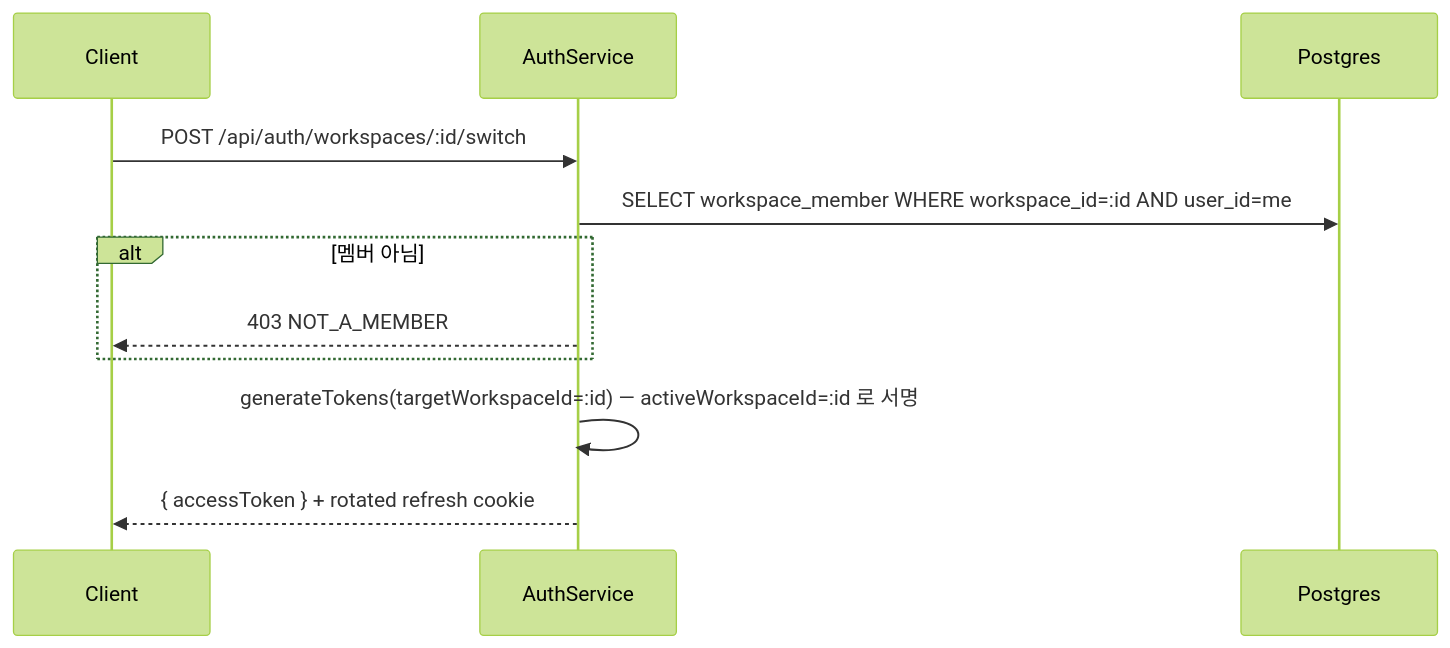
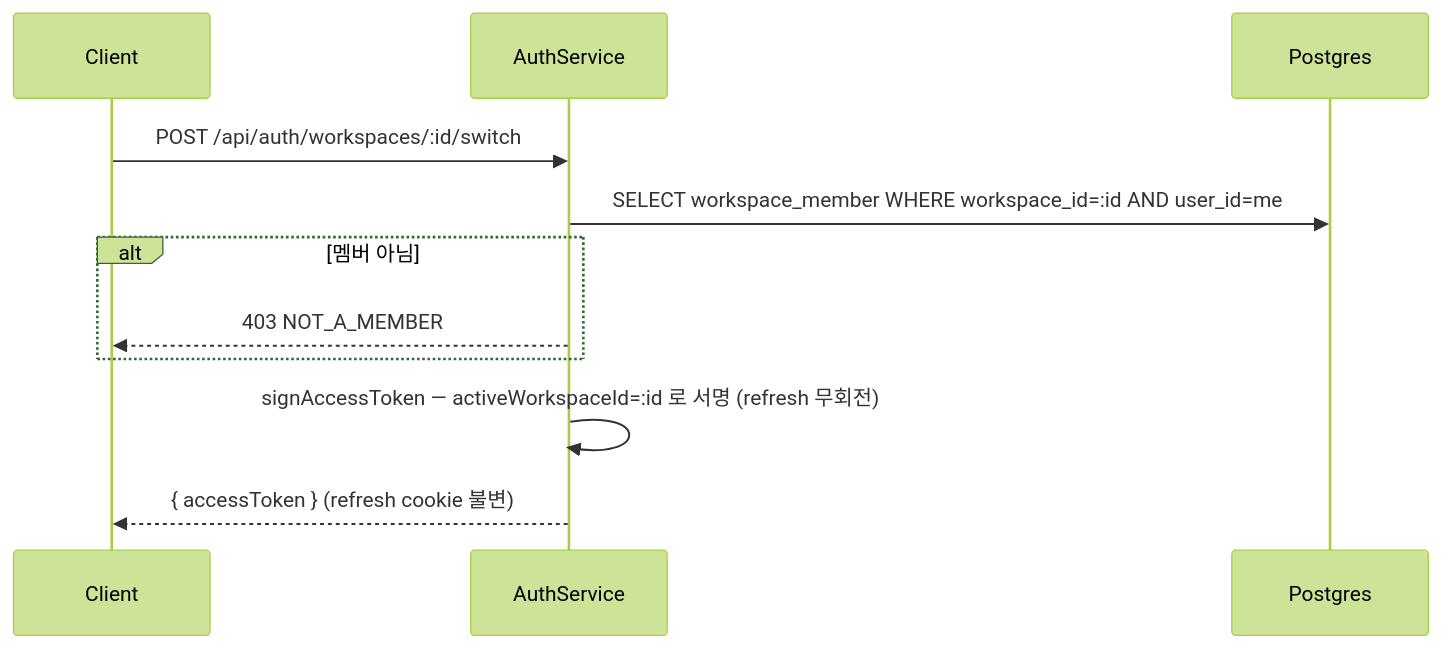
One commit to worker-ants/clemvion changed the fourth of 6 diagrams in spec/data-flow/12-workspace.md. Above: the diagram before and after it, drawn with Mermaid (forest theme). The commit also changed other lines of this file and 12 other files, not shown here.

First line of the commit message:
refactor(workspace): ai-review 지적 반영 (switch 무회전·UUID·전환 UX·테스트·문서 정정)

````diff
--- a/spec/data-flow/12-workspace.md
+++ b/spec/data-flow/12-workspace.md
@@ -115,13 +115,13 @@
 ```mermaid
 sequenceDiagram
   participant C as Client
   participant Svc as AuthService
   participant PG as Postgres
   C->>Svc: POST /api/auth/workspaces/:id/switch
   Svc->>PG: SELECT workspace_member WHERE workspace_id=:id AND user_id=me
   alt 멤버 아님
     Svc-->>C: 403 NOT_A_MEMBER
   end
-  Svc->>Svc: generateTokens(targetWorkspaceId=:id) — activeWorkspaceId=:id 로 서명
-  Svc-->>C: { accessToken } + rotated refresh cookie
+  Svc->>Svc: signAccessToken — activeWorkspaceId=:id 로 서명 (refresh 무회전)
+  Svc-->>C: { accessToken } (refresh cookie 불변)
 ```
````
